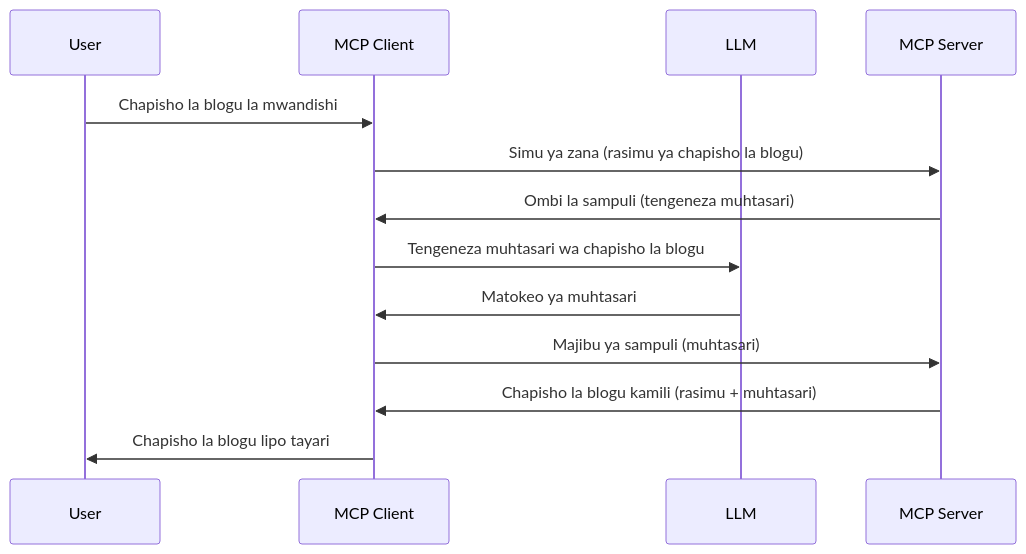
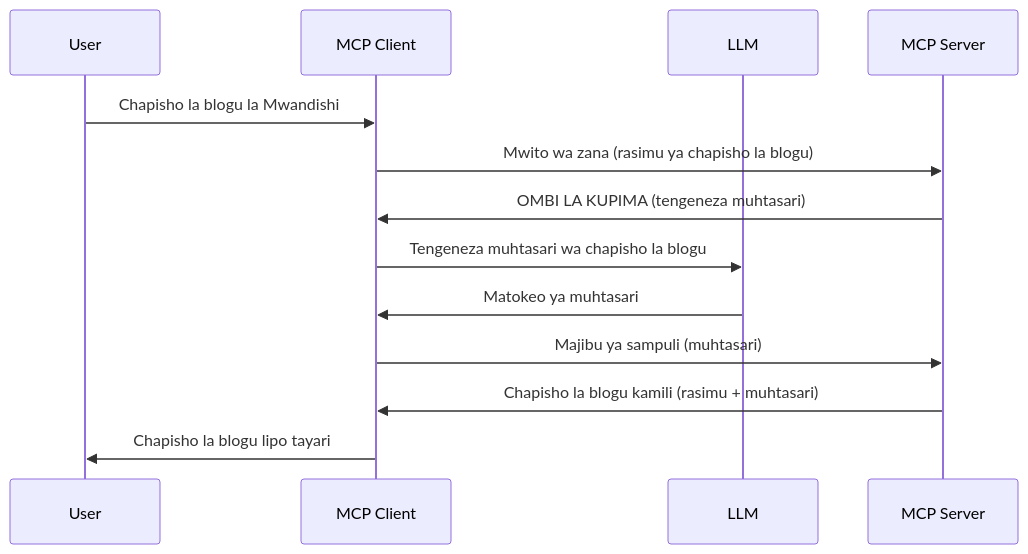
One commit to HIDORAKAI002/ai-workspace-archive changed the diagram in mcp_ecosystem__model_context_protocol/mcp_learning_resources/mcp-for-beginners/translations/sw/03-GettingStarted/14-sampling/README.md. Above: the diagram before and after it, drawn with Mermaid. The commit also changed other lines of this file and 5748 other files, not shown here.

Commit message:
chore(sync): update MCP Python SDK, MCP TypeScript SDK, Supabase MCP, Kubernetes MCP Server, Git MCP, MCP Agent, Awesome ChatGPT Prompts, Langfuse, +62 more

````diff
--- a/mcp_ecosystem__model_context_protocol/mcp_learning_resources/mcp-for-beginners/translations/sw/03-GettingStarted/14-sampling/README.md
+++ b/mcp_ecosystem__model_context_protocol/mcp_learning_resources/mcp-for-beginners/translations/sw/03-GettingStarted/14-sampling/README.md
@@ -25,16 +27,16 @@
 ```mermaid
 sequenceDiagram
     participant User
     participant MCP Client
     participant LLM
     participant MCP Server
 
-    User->>MCP Client: Chapisho la blogu la mwandishi
-    MCP Client->>MCP Server: Simu ya zana (rasimu ya chapisho la blogu)
-    MCP Server->>MCP Client: Ombi la sampuli (tengeneza muhtasari)
+    User->>MCP Client: Chapisho la blogu la Mwandishi
+    MCP Client->>MCP Server: Mwito wa zana (rasimu ya chapisho la blogu)
+    MCP Server->>MCP Client: OMBI LA KUPIMA (tengeneza muhtasari)
     MCP Client->>LLM: Tengeneza muhtasari wa chapisho la blogu
     LLM->>MCP Client: Matokeo ya muhtasari
     MCP Client->>MCP Server: Majibu ya sampuli (muhtasari)
     MCP Server->>MCP Client: Chapisho la blogu kamili (rasimu + muhtasari)
     MCP Client->>User: Chapisho la blogu lipo tayari
 ```
````
